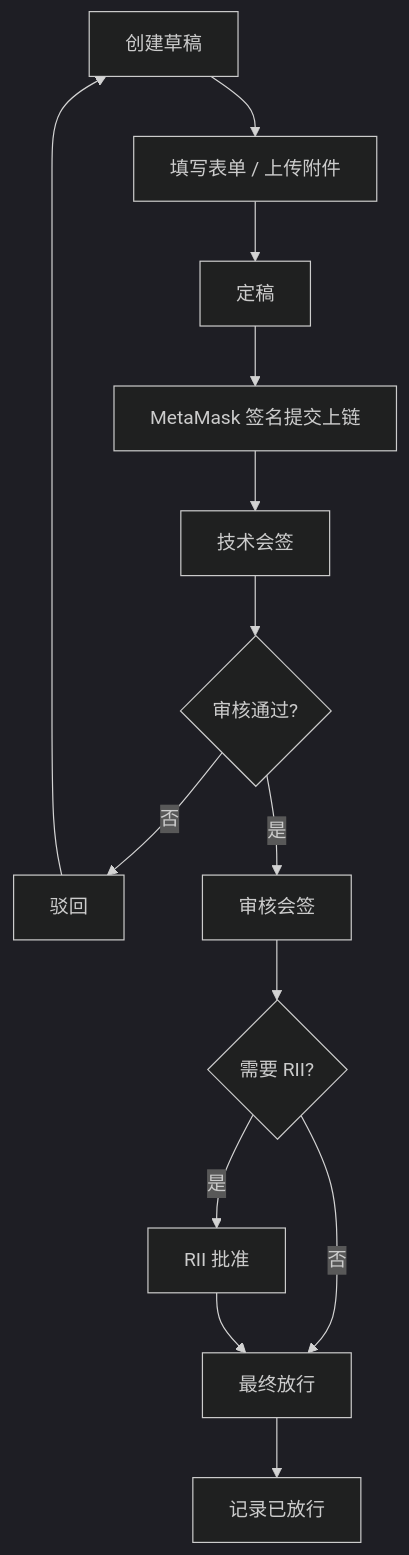
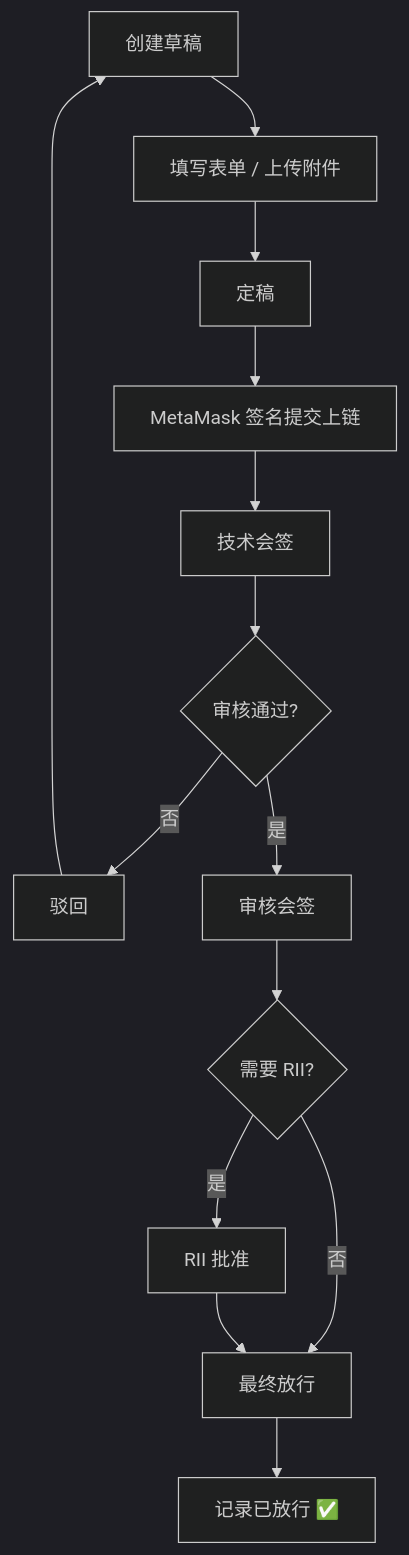
One commit to Roamingen/aero-evidence changed the second of 3 diagrams in README.md. Above: the diagram before and after it, drawn with Mermaid (dark theme). The commit also changed other lines of this file, not shown here.

````diff
--- a/README.md
+++ b/README.md
@@ -260,16 +275,16 @@
 ```mermaid
 flowchart TD
     A[创建草稿] --> B[填写表单 / 上传附件]
     B --> C[定稿]
     C --> D[MetaMask 签名提交上链]
     D --> E[技术会签]
     E --> F{审核通过?}
     F -->|否| G[驳回]
     G --> A
     F -->|是| H[审核会签]
     H --> I{需要 RII?}
     I -->|是| J[RII 批准]
     I -->|否| K[最终放行]
     J --> K
-    K --> L[记录已放行]
+    K --> L[记录已放行 ✅]
 ```
````
